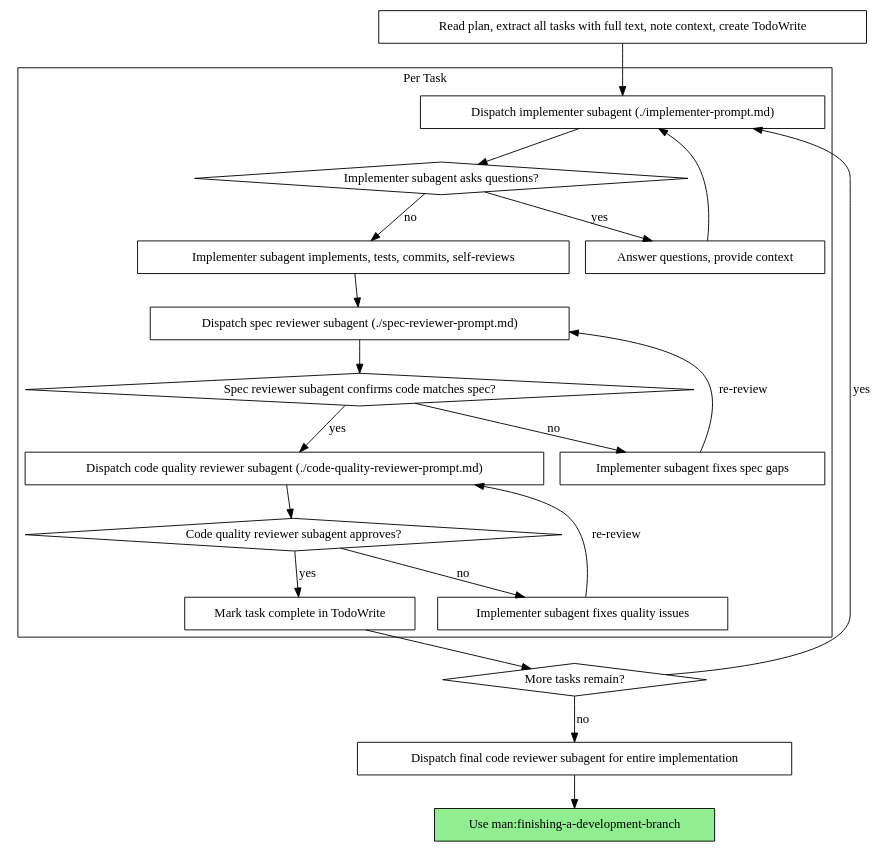
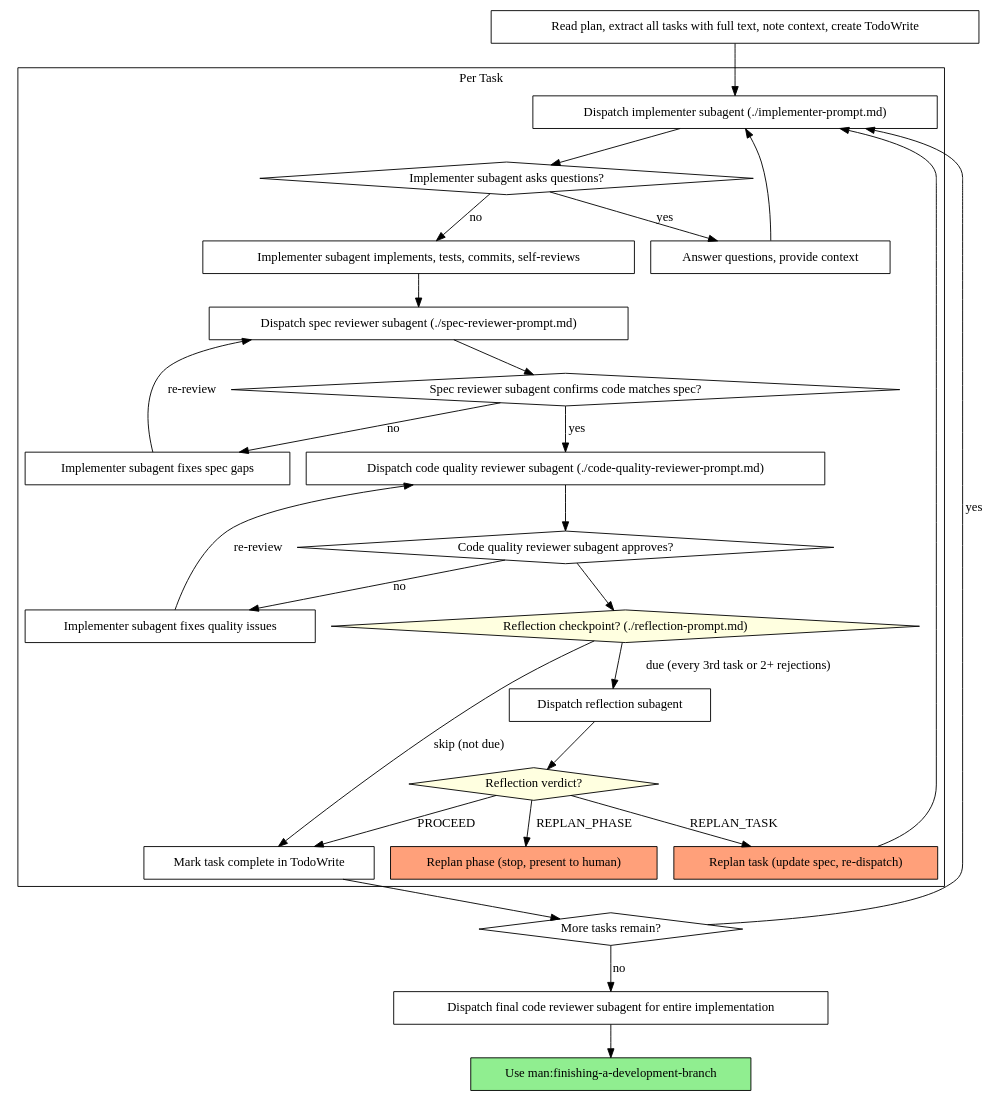
Before and after one commit to anhdt19942020/craftpowers: the second of 2 diagrams in skills/subagent-driven-development/SKILL.md, drawn with Graphviz. The commit also changed other lines of this file and 8 other files, not shown here.

````diff
--- a/skills/subagent-driven-development/SKILL.md
+++ b/skills/subagent-driven-development/SKILL.md
@@ -89,44 +89,56 @@
 ```dot
 digraph process {
     rankdir=TB;
 
     subgraph cluster_per_task {
         label="Per Task";
         "Dispatch implementer subagent (./implementer-prompt.md)" [shape=box];
         "Implementer subagent asks questions?" [shape=diamond];
         "Answer questions, provide context" [shape=box];
         "Implementer subagent implements, tests, commits, self-reviews" [shape=box];
         "Dispatch spec reviewer subagent (./spec-reviewer-prompt.md)" [shape=box];
         "Spec reviewer subagent confirms code matches spec?" [shape=diamond];
         "Implementer subagent fixes spec gaps" [shape=box];
         "Dispatch code quality reviewer subagent (./code-quality-reviewer-prompt.md)" [shape=box];
         "Code quality reviewer subagent approves?" [shape=diamond];
         "Implementer subagent fixes quality issues" [shape=box];
+        "Reflection checkpoint? (./reflection-prompt.md)" [shape=diamond style=filled fillcolor=lightyellow];
+        "Dispatch reflection subagent" [shape=box];
+        "Reflection verdict?" [shape=diamond style=filled fillcolor=lightyellow];
+        "Replan task (update spec, re-dispatch)" [shape=box style=filled fillcolor=lightsalmon];
+        "Replan phase (stop, present to human)" [shape=box style=filled fillcolor=lightsalmon];
         "Mark task complete in TodoWrite" [shape=box];
     }
 
     "Read plan, extract all tasks with full text, note context, create TodoWrite" [shape=box];
     "More tasks remain?" [shape=diamond];
     "Dispatch final code reviewer subagent for entire implementation" [shape=box];
     "Use man:finishing-a-development-branch" [shape=box style=filled fillcolor=lightgreen];
 
     "Read plan, extract all tasks with full text, note context, create TodoWrite" -> "Dispatch implementer subagent (./implementer-prompt.md)";
     "Dispatch implementer subagent (./implementer-prompt.md)" -> "Implementer subagent asks questions?";
     "Implementer subagent asks questions?" -> "Answer questions, provide context" [label="yes"];
     "Answer questions, provide context" -> "Dispatch implementer subagent (./implementer-prompt.md)";
     "Implementer subagent asks questions?" -> "Implementer subagent implements, tests, commits, self-reviews" [label="no"];
     "Implementer subagent implements, tests, commits, self-reviews" -> "Dispatch spec reviewer subagent (./spec-reviewer-prompt.md)";
     "Dispatch spec reviewer subagent (./spec-reviewer-prompt.md)" -> "Spec reviewer subagent confirms code matches spec?";
     "Spec reviewer subagent confirms code matches spec?" -> "Implementer subagent fixes spec gaps" [label="no"];
     "Implementer subagent fixes spec gaps" -> "Dispatch spec reviewer subagent (./spec-reviewer-prompt.md)" [label="re-review"];
     "Spec reviewer subagent confirms code matches spec?" -> "Dispatch code quality reviewer subagent (./code-quality-reviewer-prompt.md)" [label="yes"];
     "Dispatch code quality reviewer subagent (./code-quality-reviewer-prompt.md)" -> "Code quality reviewer subagent approves?";
     "Code quality reviewer subagent approves?" -> "Implementer subagent fixes quality issues" [label="no"];
     "Implementer subagent fixes quality issues" -> "Dispatch code quality reviewer subagent (./code-quality-reviewer-prompt.md)" [label="re-review"];
-    "Code quality reviewer subagent approves?" -> "Mark task complete in TodoWrite" [label="yes"];
+    "Code quality reviewer subagent approves?" -> "Reflection checkpoint? (./reflection-prompt.md)";
+    "Reflection checkpoint? (./reflection-prompt.md)" -> "Mark task complete in TodoWrite" [label="skip (not due)"];
+    "Reflection checkpoint? (./reflection-prompt.md)" -> "Dispatch reflection subagent" [label="due (every 3rd task or 2+ rejections)"];
+    "Dispatch reflection subagent" -> "Reflection verdict?";
+    "Reflection verdict?" -> "Mark task complete in TodoWrite" [label="PROCEED"];
+    "Reflection verdict?" -> "Replan task (update spec, re-dispatch)" [label="REPLAN_TASK"];
+    "Reflection verdict?" -> "Replan phase (stop, present to human)" [label="REPLAN_PHASE"];
+    "Replan task (update spec, re-dispatch)" -> "Dispatch implementer subagent (./implementer-prompt.md)";
     "Mark task complete in TodoWrite" -> "More tasks remain?";
     "More tasks remain?" -> "Dispatch implementer subagent (./implementer-prompt.md)" [label="yes"];
     "More tasks remain?" -> "Dispatch final code reviewer subagent for entire implementation" [label="no"];
     "Dispatch final code reviewer subagent for entire implementation" -> "Use man:finishing-a-development-branch";
 }
 ```
````
